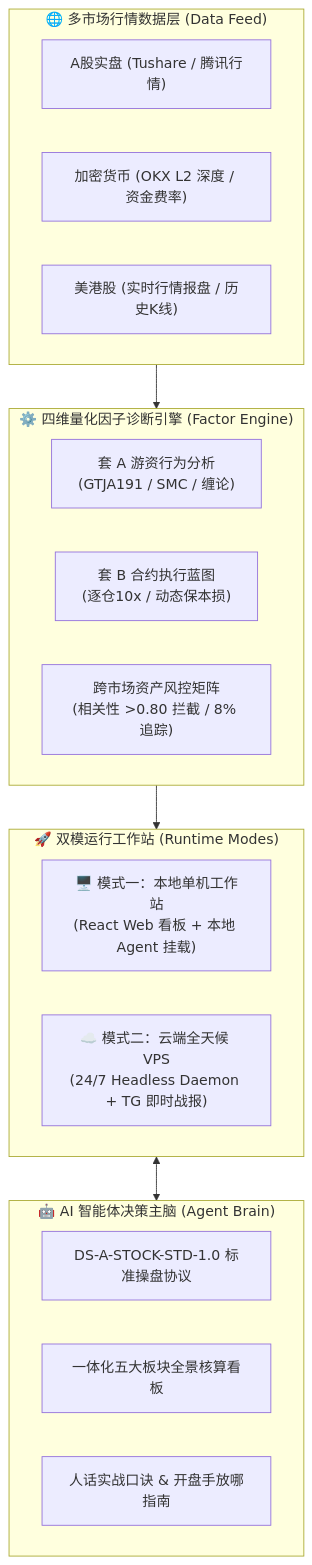
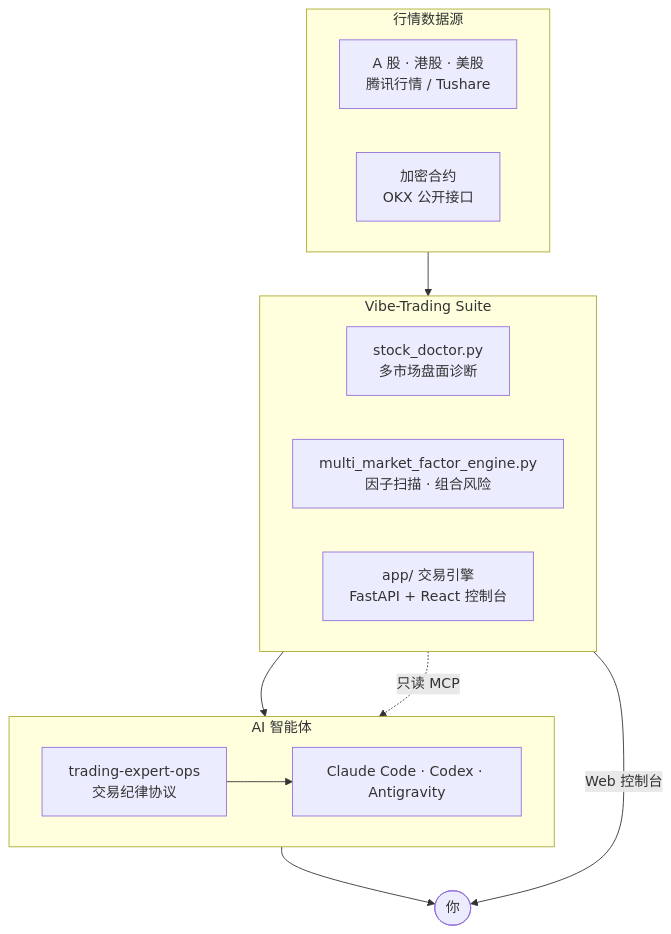
The diagram in README.md (jiancraft/vibe-trading-suite), drawn with Mermaid before and after one commit. The commit also changed other lines of this file and 3 other files, not shown here.

````diff
--- a/README.md
+++ b/README.md
@@ -48,29 +164,29 @@
 ```mermaid
-flowchart TD
-    subgraph DataLayer ["🌐 多市场行情数据层 (Data Feed)"]
-        D1["A股实盘 (Tushare / 腾讯行情)"]
-        D2["加密货币 (OKX L2 深度 / 资金费率)"]
-        D3["美港股 (实时行情报盘 / 历史K线)"]
+flowchart TB
+    subgraph SRC["行情数据源"]
+        direction LR
+        S1["A 股 · 港股 · 美股<br/>腾讯行情 / Tushare"]
+        S2["加密合约<br/>OKX 公开接口"]
     end
 
-    subgraph QuantEngine ["⚙️ 四维量化因子诊断引擎 (Factor Engine)"]
-        Q1["套 A 游资行为分析<br/>(GTJA191 / SMC / 缠论)"]
-        Q2["套 B 合约执行蓝图<br/>(逐仓10x / 动态保本损)"]
-        Q3["跨市场资产风控矩阵<br/>(相关性 >0.80 拦截 / 8% 追踪)"]
+    subgraph CORE["Vibe-Trading Suite"]
+        direction LR
+        C1["stock_doctor.py<br/>多市场盘面诊断"]
+        C2["multi_market_factor_engine.py<br/>因子扫描 · 组合风险"]
+        C3["app/ 交易引擎<br/>FastAPI + React 控制台"]
     end
 
-    subgraph DualModes ["🚀 双模运行工作站 (Runtime Modes)"]
-        M1["🖥️ 模式一：本地单机工作站<br/>(React Web 看板 + 本地 Agent 挂载)"]
-        M2["☁️ 模式二：云端全天候 VPS<br/>(24/7 Headless Daemon + TG 即时战报)"]
+    subgraph AG["AI 智能体"]
+        direction LR
+        A1["trading-expert-ops<br/>交易纪律协议"]
+        A2["Claude Code · Codex · Antigravity"]
     end
 
-    subgraph AgentBrain ["🤖 AI 智能体决策主脑 (Agent Brain)"]
-        A1["DS-A-STOCK-STD-1.0 标准操盘协议"]
-        A2["一体化五大板块全景核算看板"]
-        A3["人话实战口诀 & 开盘手放哪指南"]
-    end
+    U(["你"])
 
-    DataLayer --> QuantEngine
-    QuantEngine --> DualModes
-    DualModes <--> AgentBrain
+    SRC --> CORE
+    C1 --> A1 --> A2
+    C3 -. "只读 MCP" .-> A2
+    A2 --> U
+    C3 -- "Web 控制台" --> U
 ```
````
